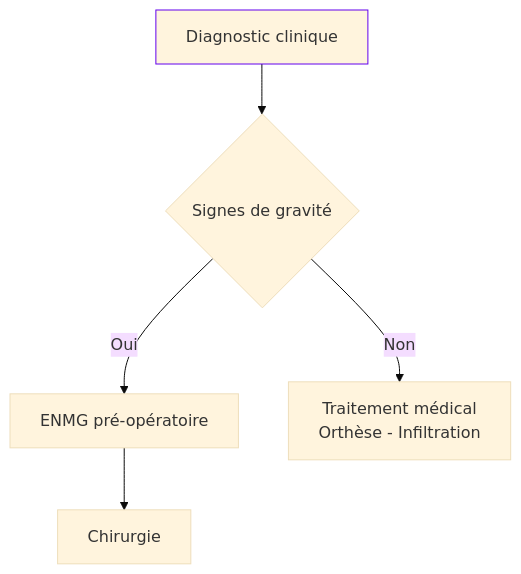
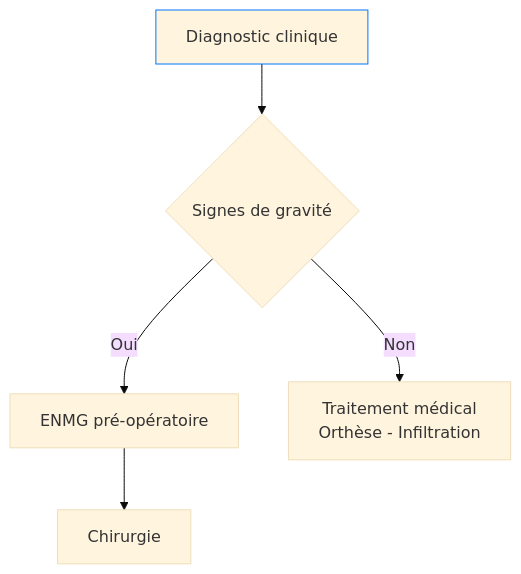
The diagram in content/recommandations/canal-carpien.md (djibe/recommandations-medicales), drawn with Mermaid (base theme) before and after one commit. The commit also changed 30 other files, not shown here.

```diff
--- a/content/recommandations/canal-carpien.md
+++ b/content/recommandations/canal-carpien.md
@@ -165,7 +165,7 @@
 {{< mermaid >}}
 graph TD
 diagnostic[Diagnostic clinique] --> gravite{Signes de gravité}
-style diagnostic stroke:#6200ee, stroke-width:1px
+style diagnostic stroke:#0077ff, stroke-width:1px
   gravite -->|Oui| emg[ENMG pré-opératoire] --> chir[Chirurgie]
   gravite -->|Non| medical[Traitement médical<br>Orthèse - Infiltration]
 {{< /mermaid >}}
```
